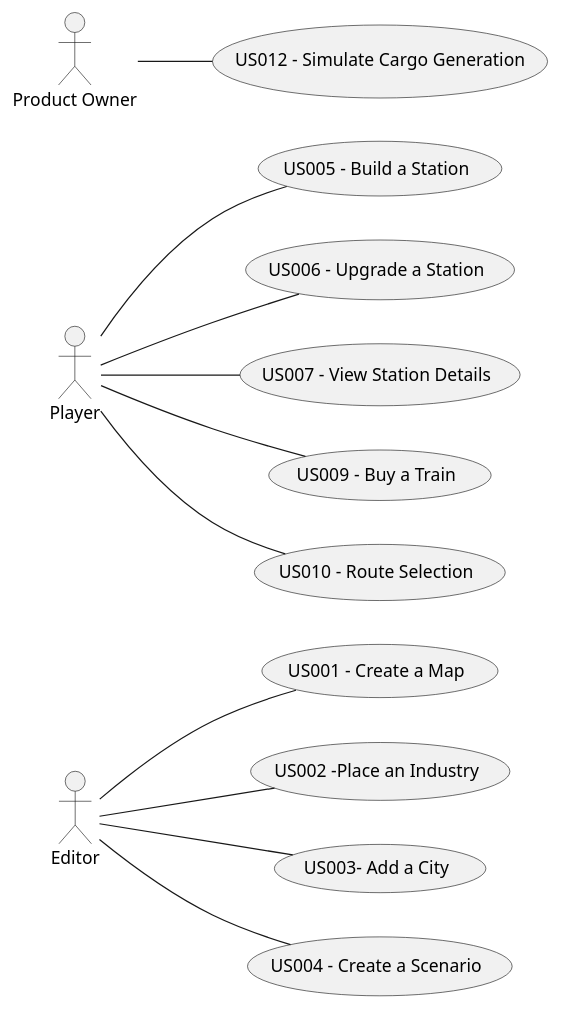
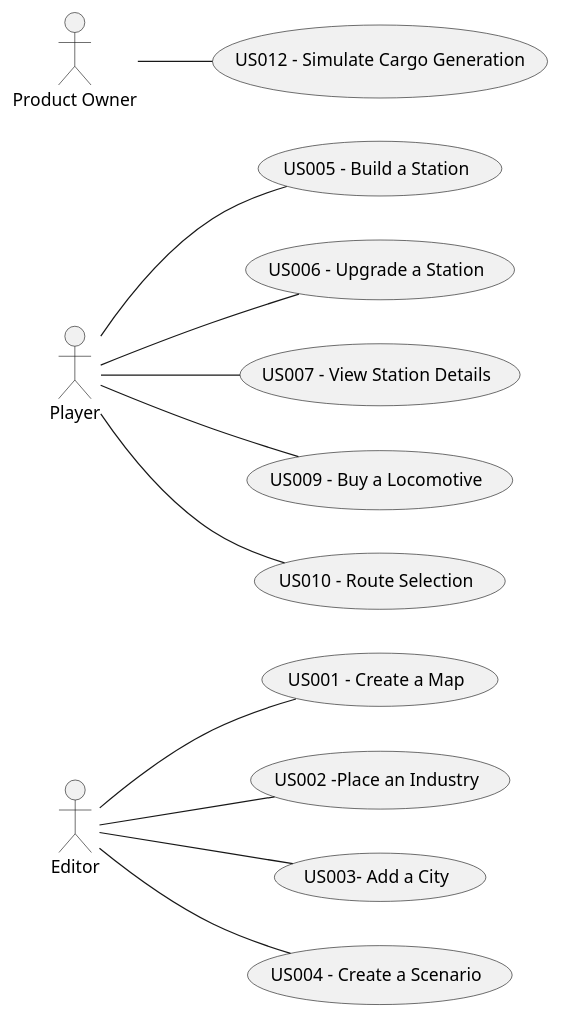
The diagram in docsFinais/global-artifacts/01.requirements-engineering/puml/UCD.puml (1240935/pi2-railway-simulator), drawn with PlantUML before and after one commit. The commit also changed 31 other files, not shown here.

```diff
--- a/docsFinais/global-artifacts/01.requirements-engineering/puml/UCD.puml
+++ b/docsFinais/global-artifacts/01.requirements-engineering/puml/UCD.puml
@@ -1,32 +1,32 @@
 @startuml
 
 left to right direction
 
 actor Editor
 actor Player
 actor "Product Owner" as ProductOwner
 
 usecase "US001 - Create a Map" as US001
 usecase "US002 -Place an Industry" as US002
 usecase "US003- Add a City" as US003
 usecase "US004 - Create a Scenario" as US004
 usecase "US005 - Build a Station" as US005
 usecase "US006 - Upgrade a Station" as US006
 usecase "US007 - View Station Details" as US007
-usecase "US009 - Buy a Train" as US009
+usecase "US009 - Buy a Locomotive" as US009
 usecase "US010 - Route Selection" as US010
 usecase "US012 - Simulate Cargo Generation" as US012
 
 Editor -- US004
 Editor -- US003
 Editor -- US002
 Editor -- US001
 
 Player -- US010
 Player -- US009
 Player -- US007
 Player -- US006
 Player -- US005
 
 ProductOwner -- US012
 @enduml
```
